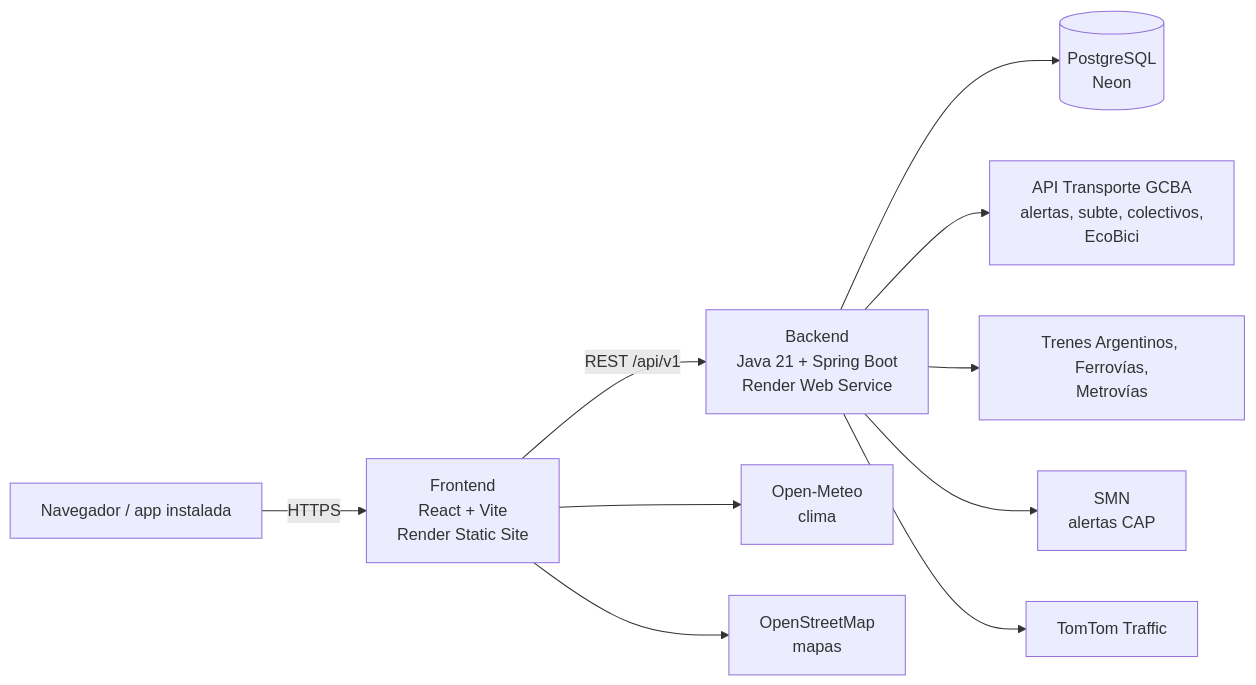
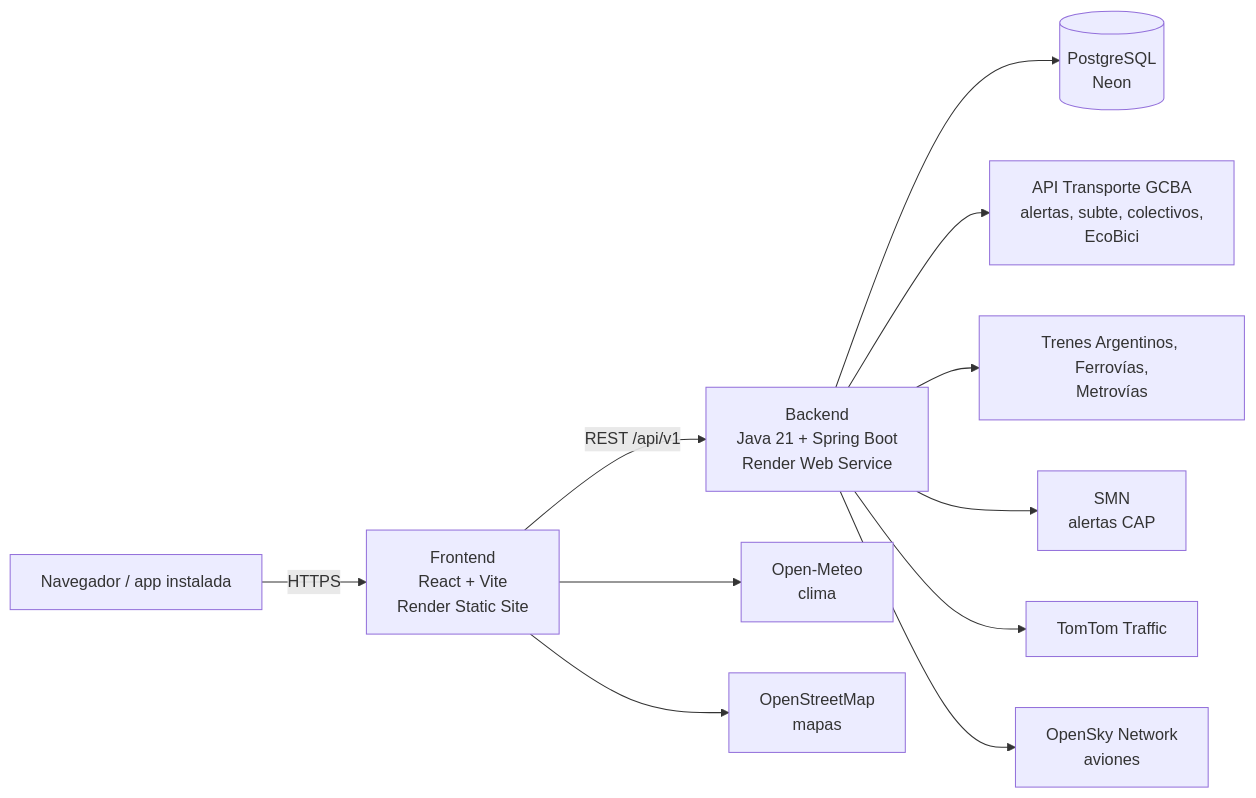
The diagram in README.md (guilleguevara245/ba-transit), drawn with Mermaid before and after one commit. The commit also changed other lines of this file and 14 other files, not shown here.

````diff
--- a/README.md
+++ b/README.md
@@ -88,12 +90,13 @@
 ```mermaid
 flowchart LR
     U[Navegador / app instalada] -->|HTTPS| F[Frontend<br>React + Vite<br>Render Static Site]
     F -->|REST /api/v1| B[Backend<br>Java 21 + Spring Boot<br>Render Web Service]
     B --> DB[(PostgreSQL<br>Neon)]
     B --> T[API Transporte GCBA<br>alertas, subte, colectivos,<br>EcoBici]
     B --> TR[Trenes Argentinos, Ferrovías,<br>Metrovías]
     B --> SMN[SMN<br>alertas CAP]
     B --> TT[TomTom Traffic]
+    B --> OS[OpenSky Network<br>aviones]
     F --> OM[Open-Meteo<br>clima]
     F --> OSM[OpenStreetMap<br>mapas]
 ```
````
